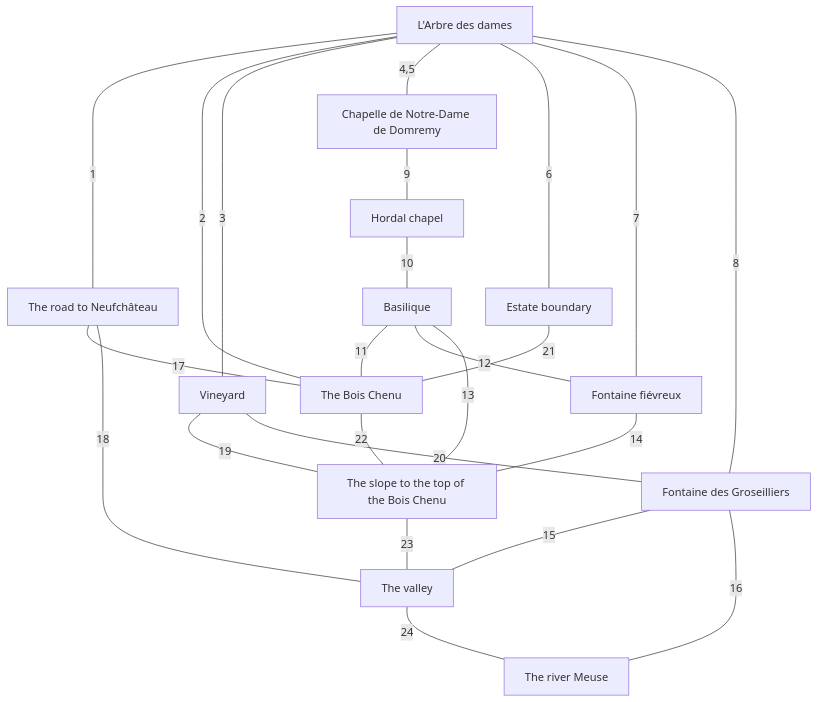
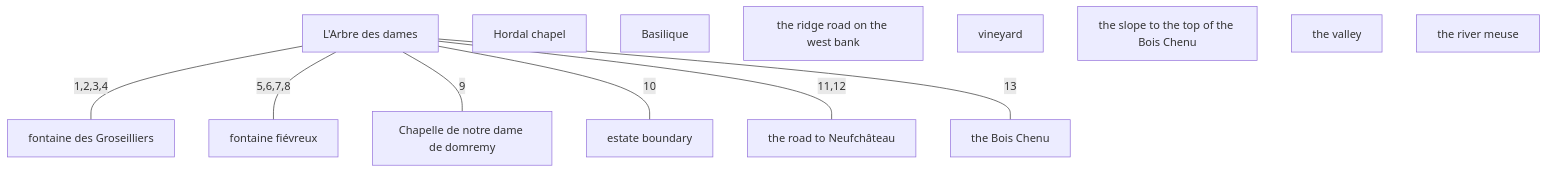
One commit to kitty-catt/the-location-of-the-arbre-des-dames-and-the-spring-of-joan-of-arc changed the diagram in breakout/combined.md. Above: the diagram before and after it, drawn with Mermaid. The commit also changed other lines of this file and 1 other file, not shown here.

````diff
--- a/breakout/combined.md
+++ b/breakout/combined.md
@@ -9,40 +14,24 @@
 ```mermaid
 graph TD
     N1["L'Arbre des dames"]
-    N2["Chapelle de Notre-Dame de Domremy"]
+    N2["Chapelle de notre dame de domremy"]
     N3["Hordal chapel"]
     N4["Basilique"]
-    N5["Fontaine fiévreux"]
-    N6["Fontaine des Groseilliers"]
-    N7["The road to Neufchâteau"]
-    N8["Vineyard"]
-    N9["Estate boundary"]
-    N10["The Bois Chenu"]
-    N11["The slope to the top of the Bois Chenu"]
-    N12["The valley"]
-    N13["The river Meuse"]
+    N5["fontaine fiévreux"]
+    N6["fontaine des Groseilliers"]
+    N7["the road to Neufchâteau"]
+    N8["the ridge road on the west bank"]
+    N9["vineyard"]
+    N10["estate boundary"]
+    N11["the Bois Chenu"]
+    N12["the slope to the top of the Bois Chenu"]
+    N13["the valley"]
+    N14["the river meuse"]
 
-    N1 -- "1" --- N7
-    N1 -- "2" --- N10
-    N1 -- "3" --- N8
-    N1 -- "4,5" --- N2
-    N1 -- "6" --- N9
-    N1 -- "7" --- N5
-    N1 -- "8" --- N6
-    N2 -- "9" --- N3
-    N3 -- "10" --- N4
-    N4 -- "11" --- N10
-    N4 -- "12" --- N5
-    N4 -- "13" --- N11
-    N5 -- "14" --- N11
-    N6 -- "15" --- N12
-    N6 -- "16" --- N13
-    N7 -- "17" --- N10
-    N7 -- "18" --- N12
-    N8 -- "19" --- N11
-    N8 -- "20" --- N6
-    N9 -- "21" --- N10
-    N10 -- "22" --- N11
-    N11 -- "23" --- N12
-    N12 -- "24" --- N13
+    N1 -- "1,2,3,4" --- N6
+    N1 -- "5,6,7,8" --- N5
+    N1 -- "9" --- N2
+    N1 -- "10" --- N10
+    N1 -- "11,12" --- N7
+    N1 -- "13" --- N11
 ```
````
